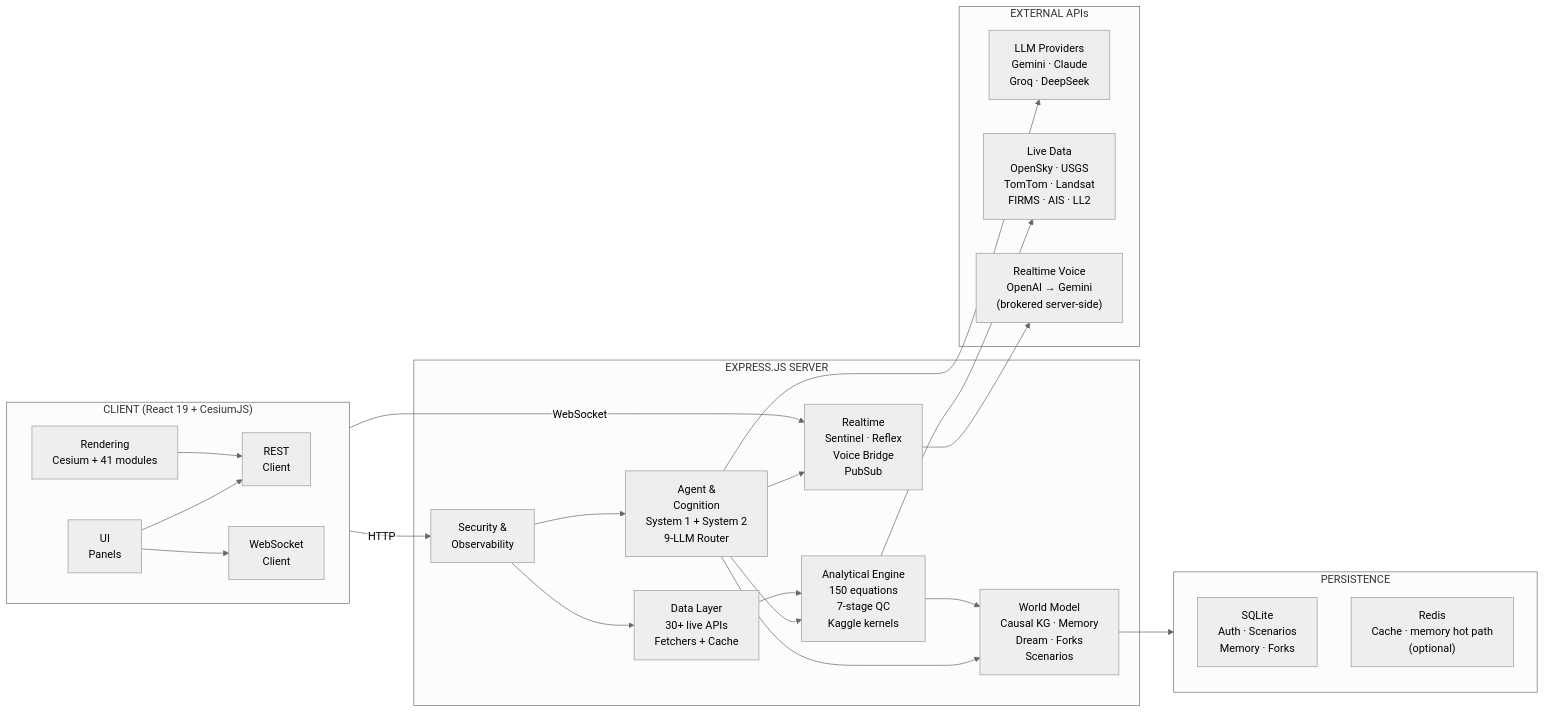
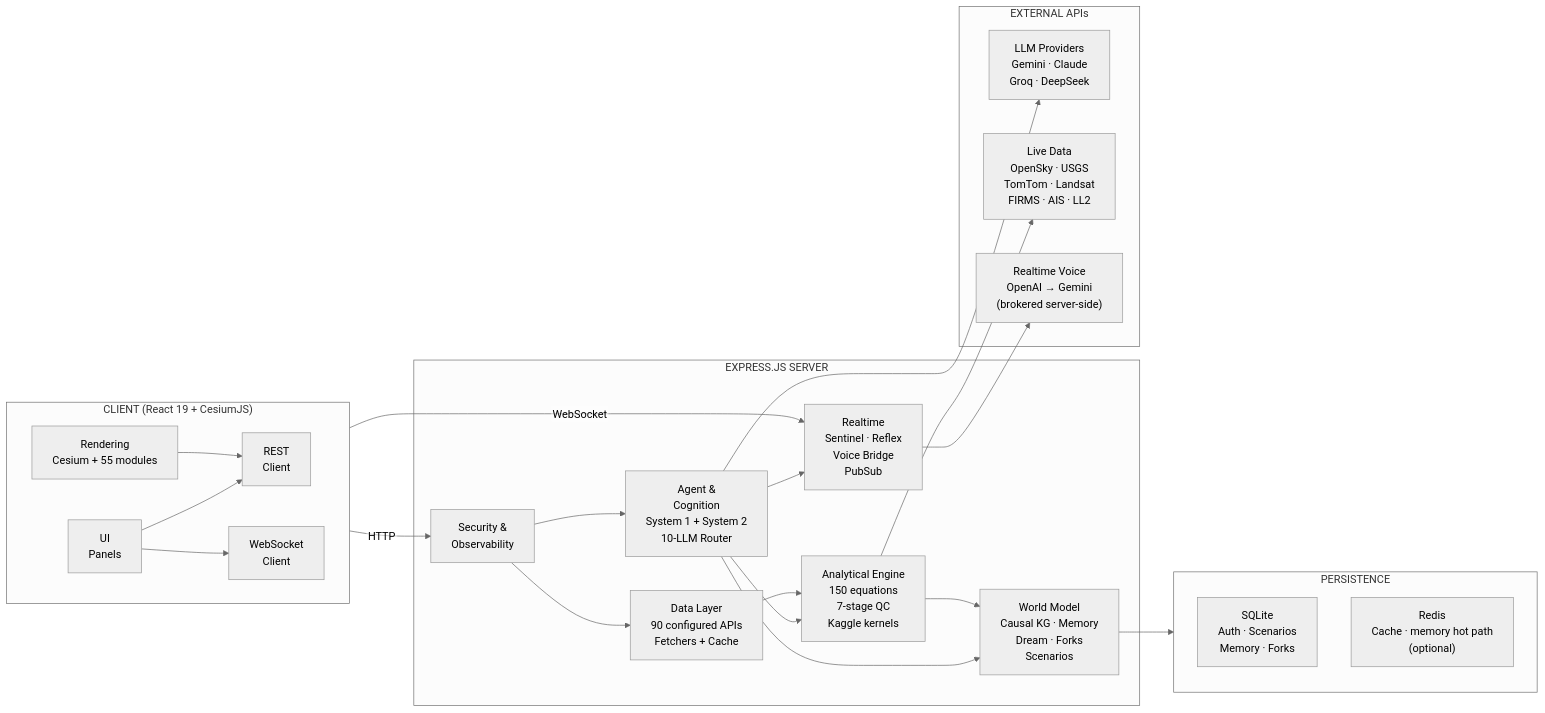
The first of 3 diagrams in docs/site/markdown/ARCHITECTURE.md (sreyassanker/Terranoetis), drawn with Mermaid before and after one commit. The commit also changed other lines of this file and 72 other files, not shown here.

````diff
--- a/docs/site/markdown/ARCHITECTURE.md
+++ b/docs/site/markdown/ARCHITECTURE.md
@@ -29,48 +29,48 @@
 ```mermaid
 %%{init: {'theme': 'neutral', 'flowchart': {'htmlLabels': false}}}%%
 flowchart LR
     subgraph CLIENT["CLIENT (React 19 + CesiumJS)"]
         direction LR
         UI["UI\nPanels"]
-        Render["Rendering\nCesium + 41 modules"]
+        Render["Rendering\nCesium + 55 modules"]
         WS["WebSocket\nClient"]
         API["REST\nClient"]
         UI --> API
         Render --> API
         UI --> WS
     end
 
     subgraph SERVER["EXPRESS.JS SERVER"]
         Security["Security &\nObservability"]
-        Agents["Agent &\nCognition\nSystem 1 + System 2\n9-LLM Router"]
+        Agents["Agent &\nCognition\nSystem 1 + System 2\n10-LLM Router"]
         Engine["Analytical Engine\n150 equations\n7-stage QC\nKaggle kernels"]
-        Data["Data Layer\n30+ live APIs\nFetchers + Cache"]
+        Data["Data Layer\n90 configured APIs\nFetchers + Cache"]
         Realtime["Realtime\nSentinel · Reflex\nVoice Bridge\nPubSub"]
         Services["World Model\nCausal KG · Memory\nDream · Forks\nScenarios"]
         Security --> Agents
         Security --> Data
         Agents --> Engine
         Data --> Engine
         Agents --> Realtime
         Agents --> Services
         Engine --> Services
     end
 
     subgraph STORAGE["PERSISTENCE"]
         SQLite["SQLite\nAuth · Scenarios\nMemory · Forks"]
         Redis["Redis\nCache · memory hot path\n(optional)"]
     end
 
     subgraph EXTERNAL["EXTERNAL APIs"]
         LLM["LLM Providers\nGemini · Claude\nGroq · DeepSeek"]
         Live["Live Data\nOpenSky · USGS\nTomTom · Landsat\nFIRMS · AIS · LL2"]
         Voice["Realtime Voice\nOpenAI → Gemini\n(brokered server-side)"]
     end
 
     CLIENT -->|HTTP| Security
     CLIENT -->|WebSocket| Realtime
     Services --> STORAGE
     Engine --> Live
     Agents --> LLM
     Realtime --> Voice
 ```
````
